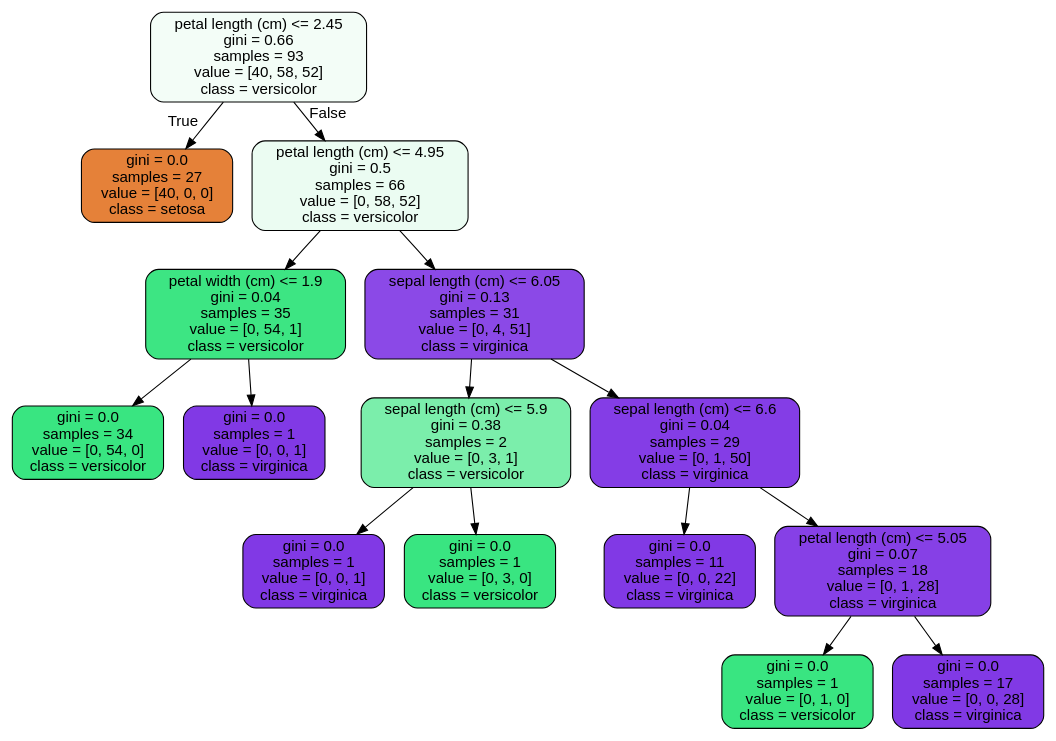
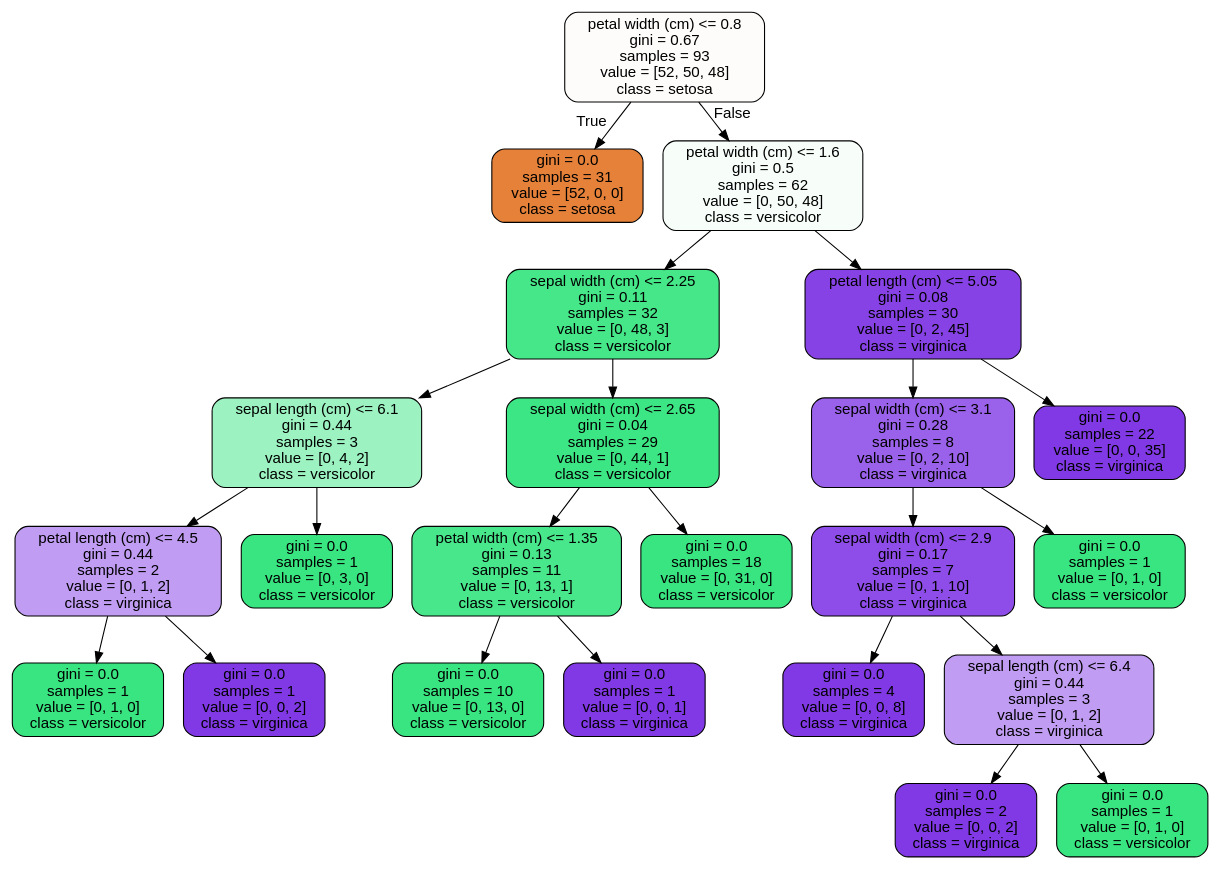
Before and after one commit to albertco18/dsc_v5: the diagram in Unit 14 - Supervised Learning/14.4 Random Forest Coronavirus case study/tree.dot, drawn with Graphviz. The commit also changed 3 other files, not shown here.

Commit message:
graphviz error corrected&RF corona study

```diff
--- a/Unit 14 - Supervised Learning/14.4 Random Forest Coronavirus case study/tree.dot
+++ b/Unit 14 - Supervised Learning/14.4 Random Forest Coronavirus case study/tree.dot
@@ -1,33 +1,49 @@
 digraph Tree {
 node [shape=box, style="filled, rounded", color="black", fontname=helvetica] ;
 edge [fontname=helvetica] ;
-0 [label="petal length (cm) <= 2.45\ngini = 0.66\nsamples = 93\nvalue = [40, 58, 52]\nclass = versicolor", fillcolor="#f3fdf7"] ;
-1 [label="gini = 0.0\nsamples = 27\nvalue = [40, 0, 0]\nclass = setosa", fillcolor="#e58139"] ;
+0 [label="petal width (cm) <= 0.8\ngini = 0.67\nsamples = 93\nvalue = [52, 50, 48]\nclass = setosa", fillcolor="#fefcfb"] ;
+1 [label="gini = 0.0\nsamples = 31\nvalue = [52, 0, 0]\nclass = setosa", fillcolor="#e58139"] ;
 0 -> 1 [labeldistance=2.5, labelangle=45, headlabel="True"] ;
-2 [label="petal length (cm) <= 4.95\ngini = 0.5\nsamples = 66\nvalue = [0, 58, 52]\nclass = versicolor", fillcolor="#ebfcf2"] ;
+2 [label="petal width (cm) <= 1.6\ngini = 0.5\nsamples = 62\nvalue = [0, 50, 48]\nclass = versicolor", fillcolor="#f7fefa"] ;
 0 -> 2 [labeldistance=2.5, labelangle=-45, headlabel="False"] ;
-3 [label="petal width (cm) <= 1.9\ngini = 0.04\nsamples = 35\nvalue = [0, 54, 1]\nclass = versicolor", fillcolor="#3de583"] ;
+3 [label="sepal width (cm) <= 2.25\ngini = 0.11\nsamples = 32\nvalue = [0, 48, 3]\nclass = versicolor", fillcolor="#45e789"] ;
 2 -> 3 ;
-4 [label="gini = 0.0\nsamples = 34\nvalue = [0, 54, 0]\nclass = versicolor", fillcolor="#39e581"] ;
+4 [label="sepal length (cm) <= 6.1\ngini = 0.44\nsamples = 3\nvalue = [0, 4, 2]\nclass = versicolor", fillcolor="#9cf2c0"] ;
 3 -> 4 ;
-5 [label="gini = 0.0\nsamples = 1\nvalue = [0, 0, 1]\nclass = virginica", fillcolor="#8139e5"] ;
-3 -> 5 ;
-6 [label="sepal length (cm) <= 6.05\ngini = 0.13\nsamples = 31\nvalue = [0, 4, 51]\nclass = virginica", fillcolor="#8b49e7"] ;
-2 -> 6 ;
-7 [label="sepal length (cm) <= 5.9\ngini = 0.38\nsamples = 2\nvalue = [0, 3, 1]\nclass = versicolor", fillcolor="#7beeab"] ;
-6 -> 7 ;
-8 [label="gini = 0.0\nsamples = 1\nvalue = [0, 0, 1]\nclass = virginica", fillcolor="#8139e5"] ;
-7 -> 8 ;
-9 [label="gini = 0.0\nsamples = 1\nvalue = [0, 3, 0]\nclass = versicolor", fillcolor="#39e581"] ;
-7 -> 9 ;
-10 [label="sepal length (cm) <= 6.6\ngini = 0.04\nsamples = 29\nvalue = [0, 1, 50]\nclass = virginica", fillcolor="#843de6"] ;
-6 -> 10 ;
-11 [label="gini = 0.0\nsamples = 11\nvalue = [0, 0, 22]\nclass = virginica", fillcolor="#8139e5"] ;
+5 [label="petal length (cm) <= 4.5\ngini = 0.44\nsamples = 2\nvalue = [0, 1, 2]\nclass = virginica", fillcolor="#c09cf2"] ;
+4 -> 5 ;
+6 [label="gini = 0.0\nsamples = 1\nvalue = [0, 1, 0]\nclass = versicolor", fillcolor="#39e581"] ;
+5 -> 6 ;
+7 [label="gini = 0.0\nsamples = 1\nvalue = [0, 0, 2]\nclass = virginica", fillcolor="#8139e5"] ;
+5 -> 7 ;
+8 [label="gini = 0.0\nsamples = 1\nvalue = [0, 3, 0]\nclass = versicolor", fillcolor="#39e581"] ;
+4 -> 8 ;
+9 [label="sepal width (cm) <= 2.65\ngini = 0.04\nsamples = 29\nvalue = [0, 44, 1]\nclass = versicolor", fillcolor="#3de684"] ;
+3 -> 9 ;
+10 [label="petal width (cm) <= 1.35\ngini = 0.13\nsamples = 11\nvalue = [0, 13, 1]\nclass = versicolor", fillcolor="#48e78b"] ;
+9 -> 10 ;
+11 [label="gini = 0.0\nsamples = 10\nvalue = [0, 13, 0]\nclass = versicolor", fillcolor="#39e581"] ;
 10 -> 11 ;
-12 [label="petal length (cm) <= 5.05\ngini = 0.07\nsamples = 18\nvalue = [0, 1, 28]\nclass = virginica", fillcolor="#8640e6"] ;
+12 [label="gini = 0.0\nsamples = 1\nvalue = [0, 0, 1]\nclass = virginica", fillcolor="#8139e5"] ;
 10 -> 12 ;
-13 [label="gini = 0.0\nsamples = 1\nvalue = [0, 1, 0]\nclass = versicolor", fillcolor="#39e581"] ;
-12 -> 13 ;
-14 [label="gini = 0.0\nsamples = 17\nvalue = [0, 0, 28]\nclass = virginica", fillcolor="#8139e5"] ;
-12 -> 14 ;
+13 [label="gini = 0.0\nsamples = 18\nvalue = [0, 31, 0]\nclass = versicolor", fillcolor="#39e581"] ;
+9 -> 13 ;
+14 [label="petal length (cm) <= 5.05\ngini = 0.08\nsamples = 30\nvalue = [0, 2, 45]\nclass = virginica", fillcolor="#8742e6"] ;
+2 -> 14 ;
+15 [label="sepal width (cm) <= 3.1\ngini = 0.28\nsamples = 8\nvalue = [0, 2, 10]\nclass = virginica", fillcolor="#9a61ea"] ;
+14 -> 15 ;
+16 [label="sepal width (cm) <= 2.9\ngini = 0.17\nsamples = 7\nvalue = [0, 1, 10]\nclass = virginica", fillcolor="#8e4de8"] ;
+15 -> 16 ;
+17 [label="gini = 0.0\nsamples = 4\nvalue = [0, 0, 8]\nclass = virginica", fillcolor="#8139e5"] ;
+16 -> 17 ;
+18 [label="sepal length (cm) <= 6.4\ngini = 0.44\nsamples = 3\nvalue = [0, 1, 2]\nclass = virginica", fillcolor="#c09cf2"] ;
+16 -> 18 ;
+19 [label="gini = 0.0\nsamples = 2\nvalue = [0, 0, 2]\nclass = virginica", fillcolor="#8139e5"] ;
+18 -> 19 ;
+20 [label="gini = 0.0\nsamples = 1\nvalue = [0, 1, 0]\nclass = versicolor", fillcolor="#39e581"] ;
+18 -> 20 ;
+21 [label="gini = 0.0\nsamples = 1\nvalue = [0, 1, 0]\nclass = versicolor", fillcolor="#39e581"] ;
+15 -> 21 ;
+22 [label="gini = 0.0\nsamples = 22\nvalue = [0, 0, 35]\nclass = virginica", fillcolor="#8139e5"] ;
+14 -> 22 ;
 }
```
